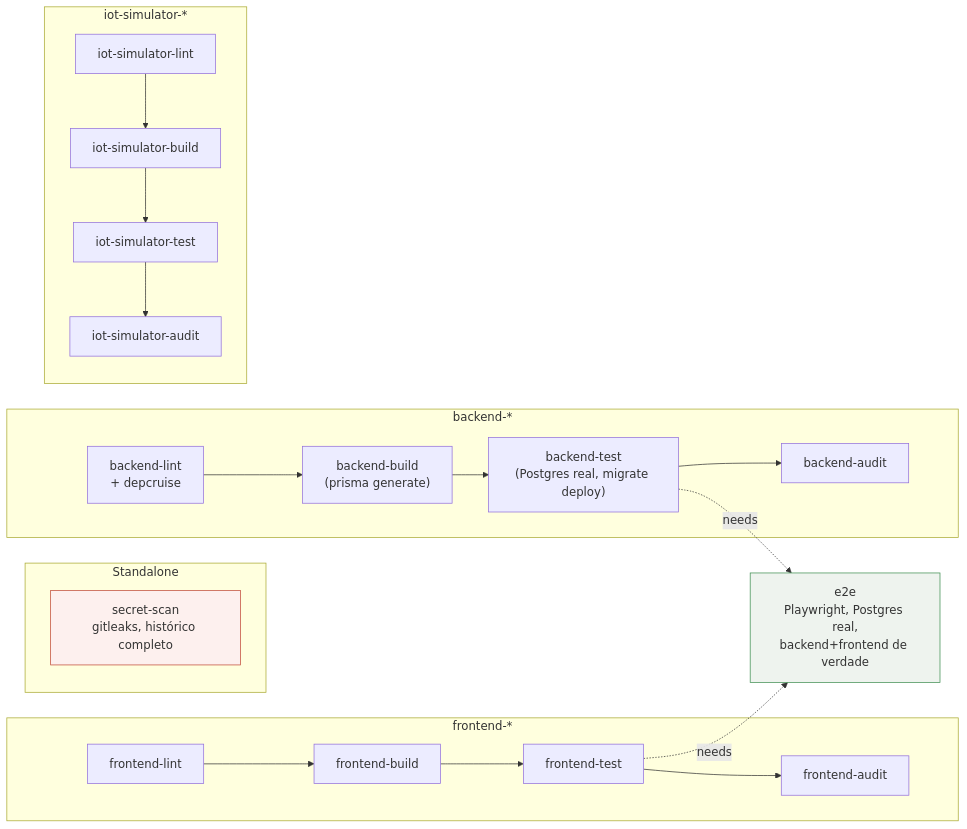
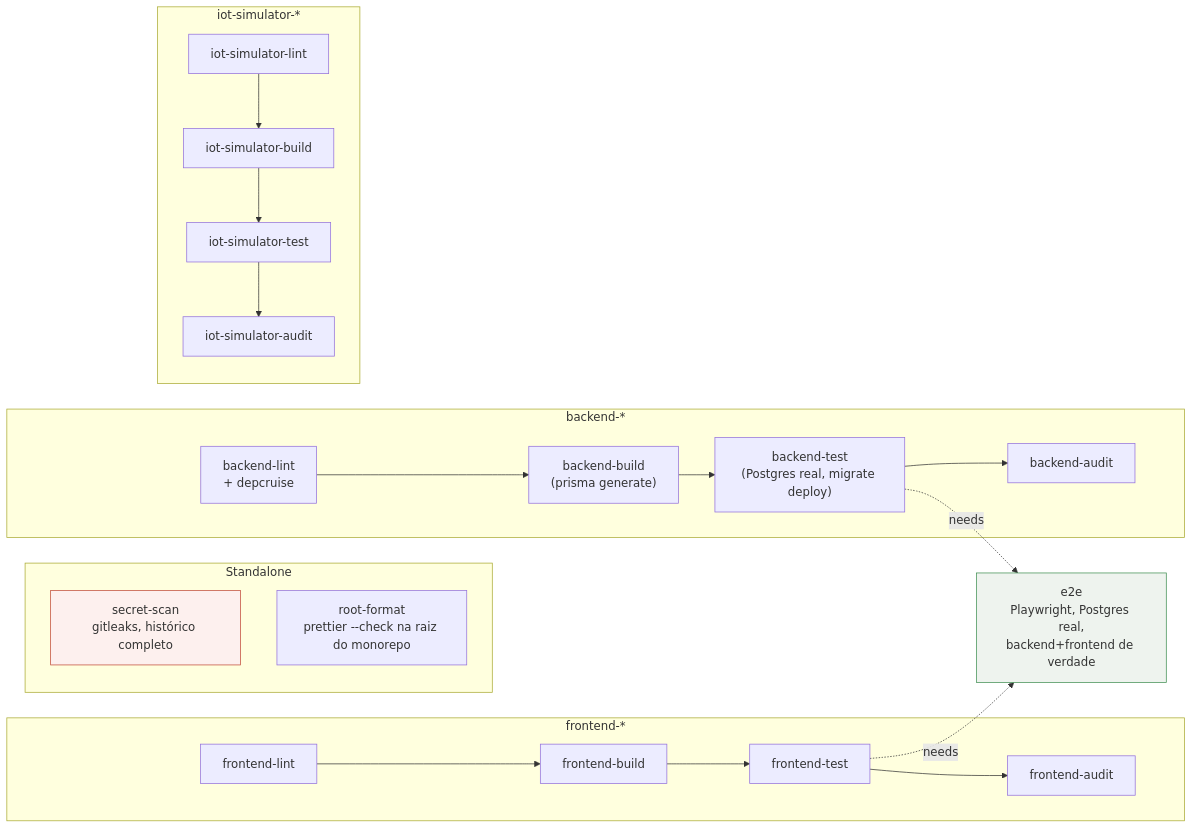
The sixth of 7 diagrams in backend/README.md (viniciussartini/lumitrack), drawn with Mermaid before and after one commit. The commit also changed other lines of this file and 4 other files, not shown here.

````diff
--- a/backend/README.md
+++ b/backend/README.md
@@ -479,26 +480,27 @@
 ```mermaid
 flowchart LR
     subgraph Standalone
         SS["secret-scan<br/>gitleaks, histórico completo"]
+        RF["root-format<br/>prettier --check na raiz do monorepo"]
     end
 
     subgraph FE["frontend-*"]
         FL[frontend-lint] --> FB[frontend-build] --> FT[frontend-test] --> FA[frontend-audit]
     end
 
     subgraph BE["backend-*"]
         BL[backend-lint<br/>+ depcruise] --> BB["backend-build<br/>(prisma generate)"] --> BT["backend-test<br/>(Postgres real, migrate deploy)"] --> BA[backend-audit]
     end
 
     subgraph SIM["iot-simulator-*"]
         SL[iot-simulator-lint] --> SB[iot-simulator-build] --> ST[iot-simulator-test] --> SA[iot-simulator-audit]
     end
 
     E2E["e2e<br/>Playwright, Postgres real,<br/>backend+frontend de verdade"]
 
     BT -.needs.-> E2E
     FT -.needs.-> E2E
 
     style SS fill:#fdf0ee,stroke:#c14a38
     style E2E fill:#eef3ee,stroke:#3f8f52
 ```
````
